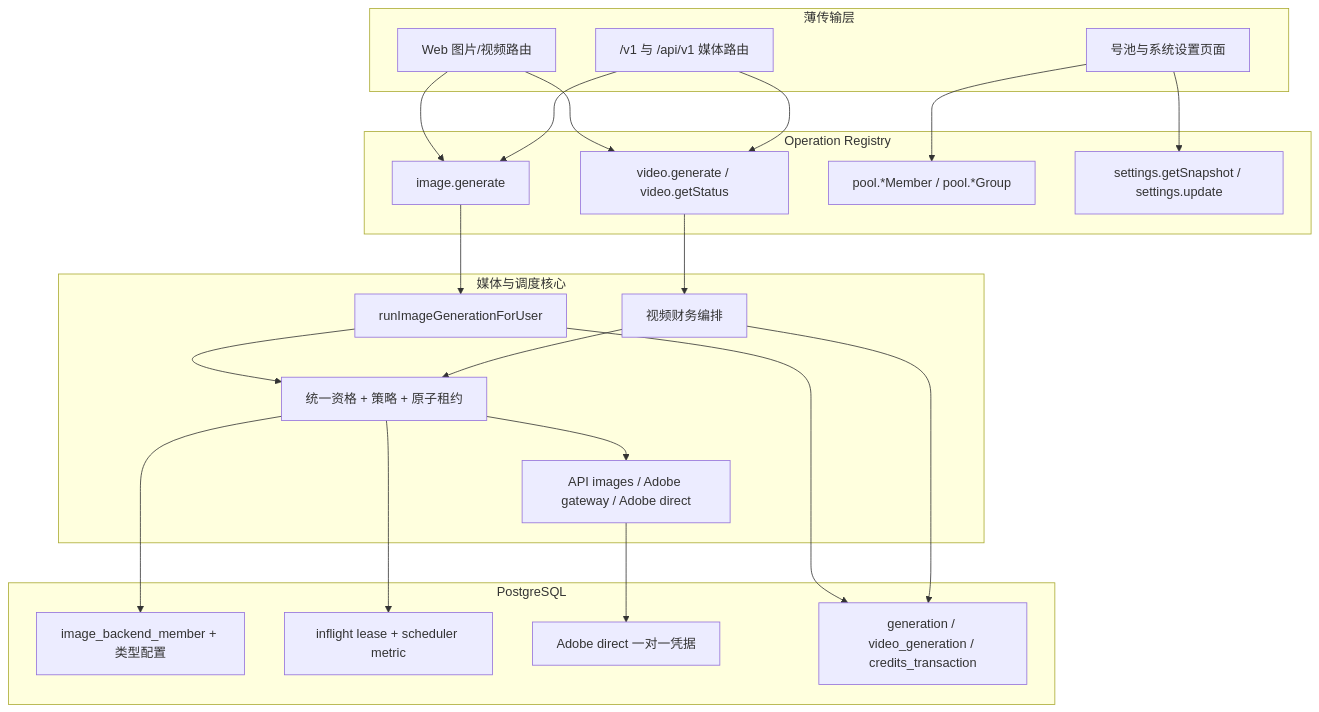
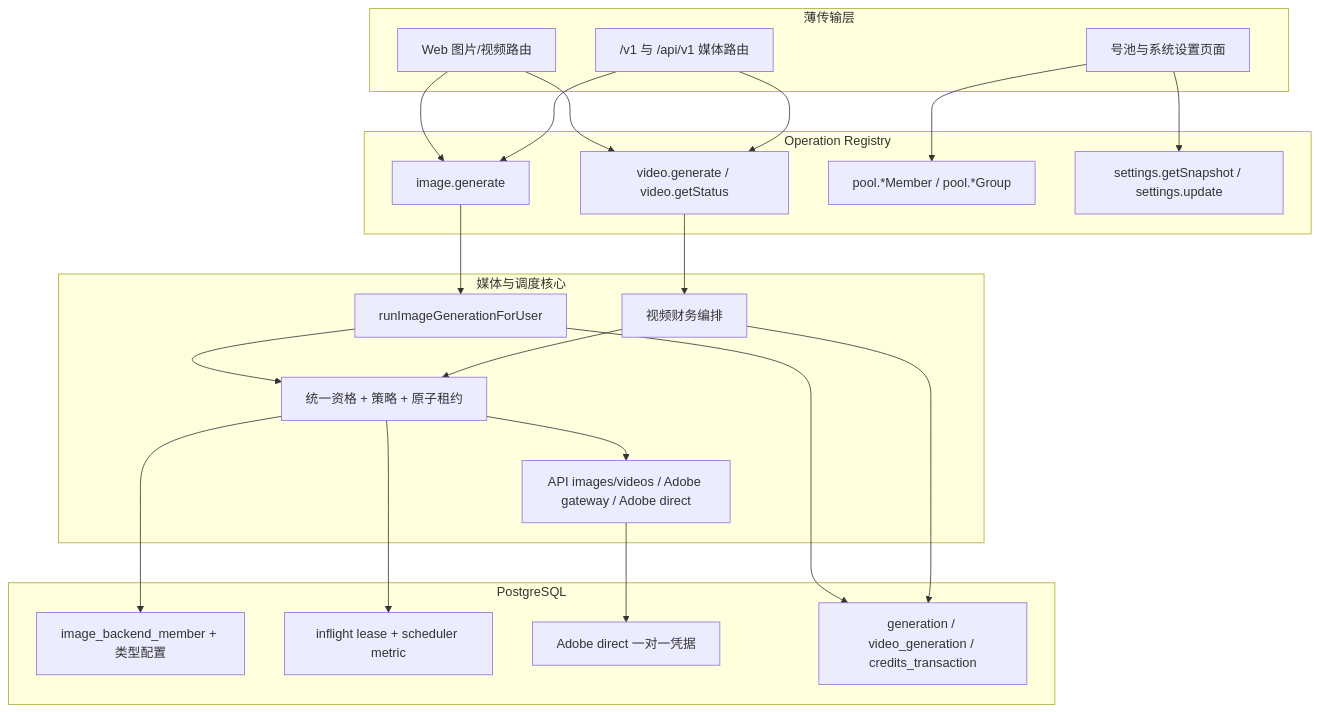
Before and after one commit to FluxCode666/FluxMedia-1: the second of 5 diagrams in docs/plans/2026-07-25-001-refactor-media-backend-pool-plan.md, drawn with Mermaid. The commit also changed other lines of this file and 26 other files, not shown here.

````diff
--- a/docs/plans/2026-07-25-001-refactor-media-backend-pool-plan.md
+++ b/docs/plans/2026-07-25-001-refactor-media-backend-pool-plan.md
@@ -224,40 +224,40 @@
 ```mermaid
 flowchart TB
   subgraph Transport["薄传输层"]
     Web["Web 图片/视频路由"]
     V1["/v1 与 /api/v1 媒体路由"]
     Admin["号池与系统设置页面"]
   end
   subgraph UOL["Operation Registry"]
     ImageOp["image.generate"]
     VideoOp["video.generate / video.getStatus"]
     PoolOp["pool.*Member / pool.*Group"]
     SettingsOp["settings.getSnapshot / settings.update"]
   end
   subgraph Core["媒体与调度核心"]
     ImagePipe["runImageGenerationForUser"]
     VideoPipe["视频财务编排"]
     Scheduler["统一资格 + 策略 + 原子租约"]
-    Adapters["API images / Adobe gateway / Adobe direct"]
+    Adapters["API images/videos / Adobe gateway / Adobe direct"]
   end
   subgraph Data["PostgreSQL"]
     Member["image_backend_member + 类型配置"]
     Lease["inflight lease + scheduler metric"]
     AdobeDirect["Adobe direct 一对一凭据"]
     MediaHistory["generation / video_generation / credits_transaction"]
   end
   Web --> ImageOp
   Web --> VideoOp
   V1 --> ImageOp
   V1 --> VideoOp
   Admin --> PoolOp
   Admin --> SettingsOp
   ImageOp --> ImagePipe --> Scheduler
   VideoOp --> VideoPipe --> Scheduler
   Scheduler --> Member
   Scheduler --> Lease
   Scheduler --> Adapters
   Adapters --> AdobeDirect
   ImagePipe --> MediaHistory
   VideoPipe --> MediaHistory
 ```
````
